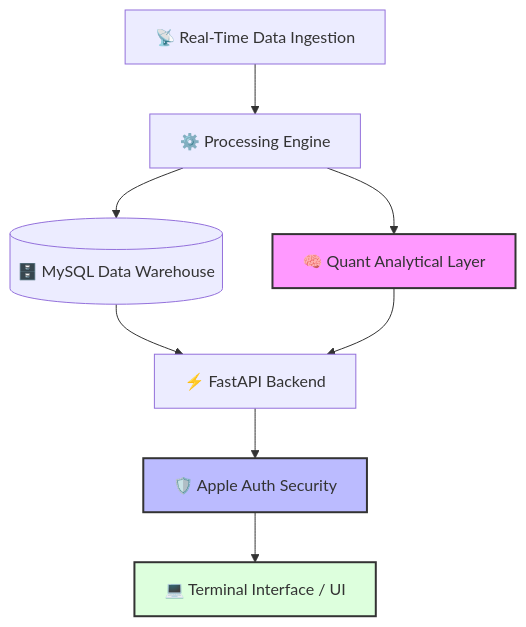
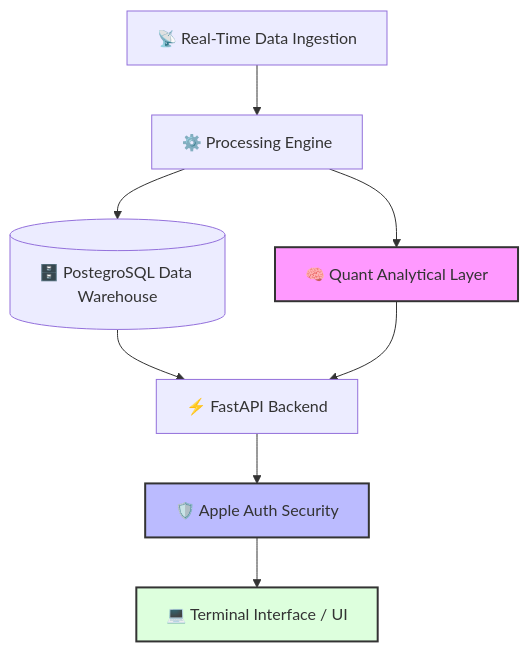
Before and after one commit to ferhattkoc-ml/quantum-analiz: the diagram in README.md, drawn with Mermaid.

````diff
--- a/README.md
+++ b/README.md
@@ -12,15 +12,15 @@
 ```mermaid
 graph TD
     A[📡 Real-Time Data Ingestion] --> B[⚙️ Processing Engine]
-    B --> C[(🗄️ MySQL Data Warehouse)]
+    B --> C[(🗄️ PostegroSQL Data Warehouse)]
     B --> D[🧠 Quant Analytical Layer]
     C --> E[⚡ FastAPI Backend]
     D --> E
     E --> F[🛡️ Apple Auth Security]
     F --> G[💻 Terminal Interface / UI]
     
     style D fill:#f9f,stroke:#333,stroke-width:2px
     style F fill:#bbf,stroke:#333,stroke-width:2px
     style G fill:#dfd,stroke:#333,stroke-width:2px
 
 ```
````
